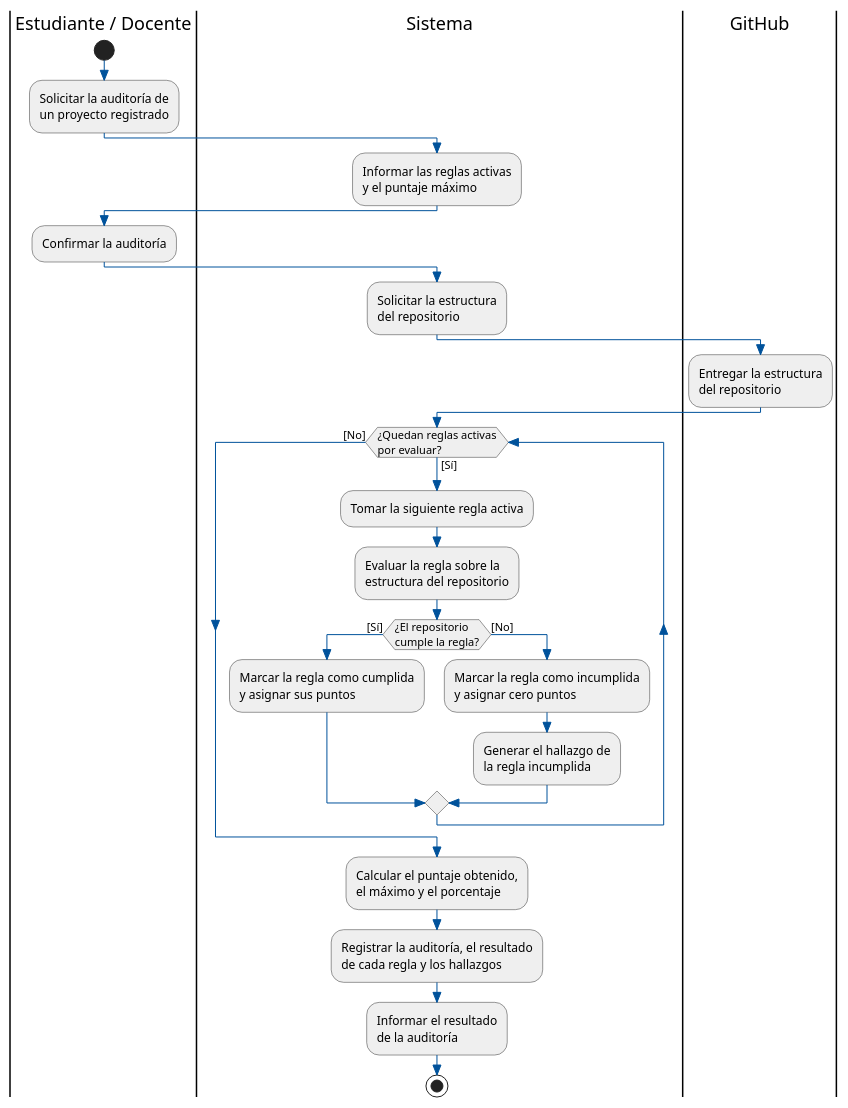
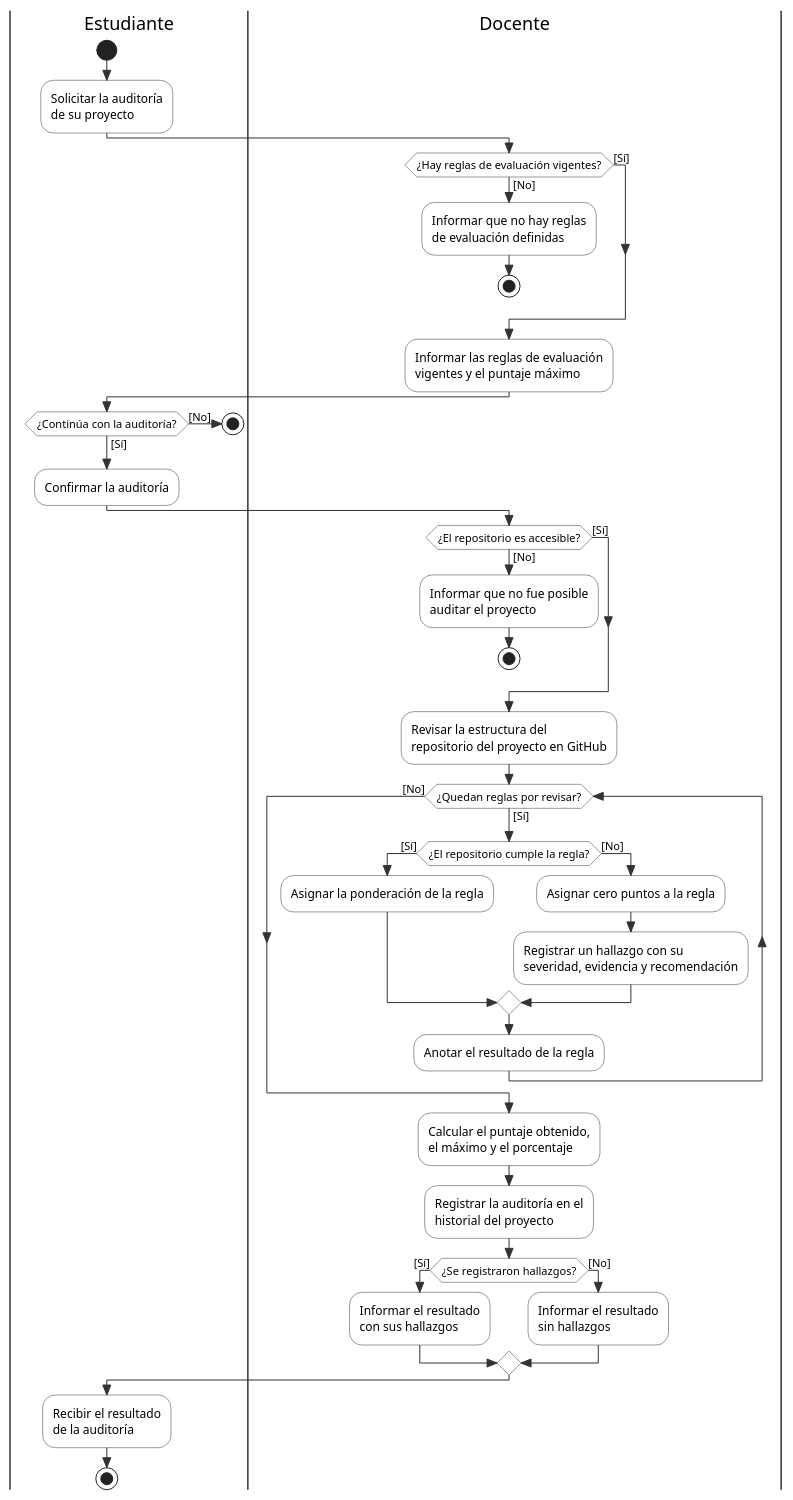
One commit to ErickBaja05/GR4_1BT3_622_26B changed the diagram in docs/incremento1/activityDiagrams/cu03-ejecutarAuditoria.puml. Above: the diagram before and after it, drawn with PlantUML. The commit also changed 9 other files, not shown here.

Commit message:
update of the diagrams: CU3 and CU4

```diff
--- a/docs/incremento1/activityDiagrams/cu03-ejecutarAuditoria.puml
+++ b/docs/incremento1/activityDiagrams/cu03-ejecutarAuditoria.puml
@@ -1,34 +1,69 @@
-@startuml
+@startuml cu03_negocio_v3_completa
 skinparam style strictuml
-skinparam ActivityBackgroundColor #EFEFEF
+skinparam defaultFontName Arial
+skinparam ActivityBackgroundColor #FFFFFF
 skinparam ActivityBorderColor #333333
-skinparam ArrowColor #00529B
-skinparam PartitionBackgroundColor #FAFAFA
+skinparam ActivityDiamondBackgroundColor #FFFFFF
+skinparam ActivityDiamondBorderColor #333333
+skinparam SwimlaneBorderColor #333333
+skinparam ArrowColor #333333
 
-|Estudiante / Docente|
+|Estudiante|
 start
-:Solicitar la auditoría de\nun proyecto registrado;
-|Sistema|
-:Informar las reglas activas\ny el puntaje máximo;
-|Estudiante / Docente|
+:Solicitar la auditoría
+de su proyecto;
+
+|Docente|
+if (¿Hay reglas de evaluación vigentes?) then ([No])
+  :Informar que no hay reglas
+  de evaluación definidas;
+  stop
+else ([Sí])
+endif
+:Informar las reglas de evaluación
+vigentes y el puntaje máximo;
+
+|Estudiante|
+if (¿Continúa con la auditoría?) then ([No])
+  stop
+else ([Sí])
+endif
 :Confirmar la auditoría;
-|Sistema|
-:Solicitar la estructura\ndel repositorio;
-|GitHub|
-:Entregar la estructura\ndel repositorio;
-|Sistema|
-while (¿Quedan reglas activas\npor evaluar?) is ([Sí])
-  :Tomar la siguiente regla activa;
-  :Evaluar la regla sobre la\nestructura del repositorio;
-  if (¿El repositorio\ncumple la regla?) then ([Sí])
-    :Marcar la regla como cumplida\ny asignar sus puntos;
+
+|Docente|
+if (¿El repositorio es accesible?) then ([No])
+  :Informar que no fue posible
+  auditar el proyecto;
+  stop
+else ([Sí])
+endif
+:Revisar la estructura del
+repositorio del proyecto en GitHub;
+while (¿Quedan reglas por revisar?) is ([Sí])
+  if (¿El repositorio cumple la regla?) then ([Sí])
+    :Asignar la ponderación de la regla;
   else ([No])
-    :Marcar la regla como incumplida\ny asignar cero puntos;
-    :Generar el hallazgo de\nla regla incumplida;
+    :Asignar cero puntos a la regla;
+    :Registrar un hallazgo con su
+    severidad, evidencia y recomendación;
   endif
+  :Anotar el resultado de la regla;
 endwhile ([No])
-:Calcular el puntaje obtenido,\nel máximo y el porcentaje;
-:Registrar la auditoría, el resultado\nde cada regla y los hallazgos;
-:Informar el resultado\nde la auditoría;
+:Calcular el puntaje obtenido,
+el máximo y el porcentaje;
+:Registrar la auditoría en el
+historial del proyecto;
+if (¿Se registraron hallazgos?) then ([Sí])
+  :Informar el resultado
+  con sus hallazgos;
+else ([No])
+  :Informar el resultado
+  sin hallazgos;
+endif
+
+|Estudiante|
+:Recibir el resultado
+de la auditoría;
 stop
+
 @enduml
```
